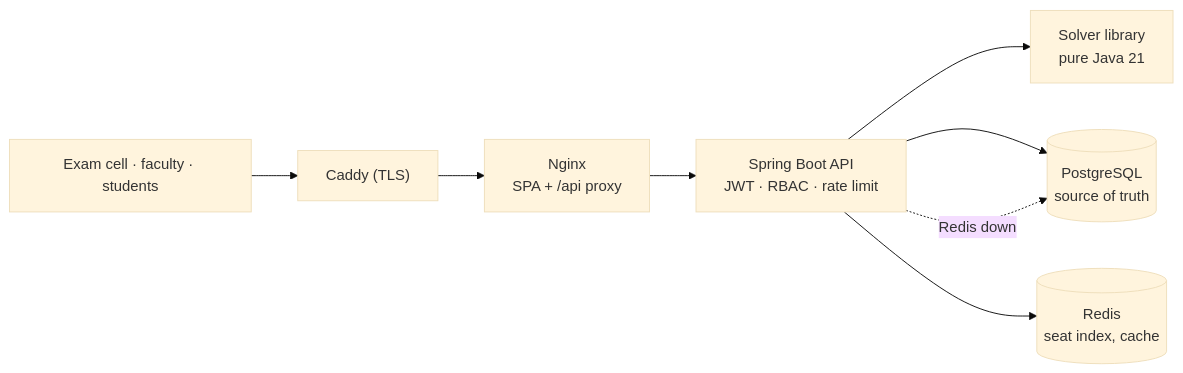
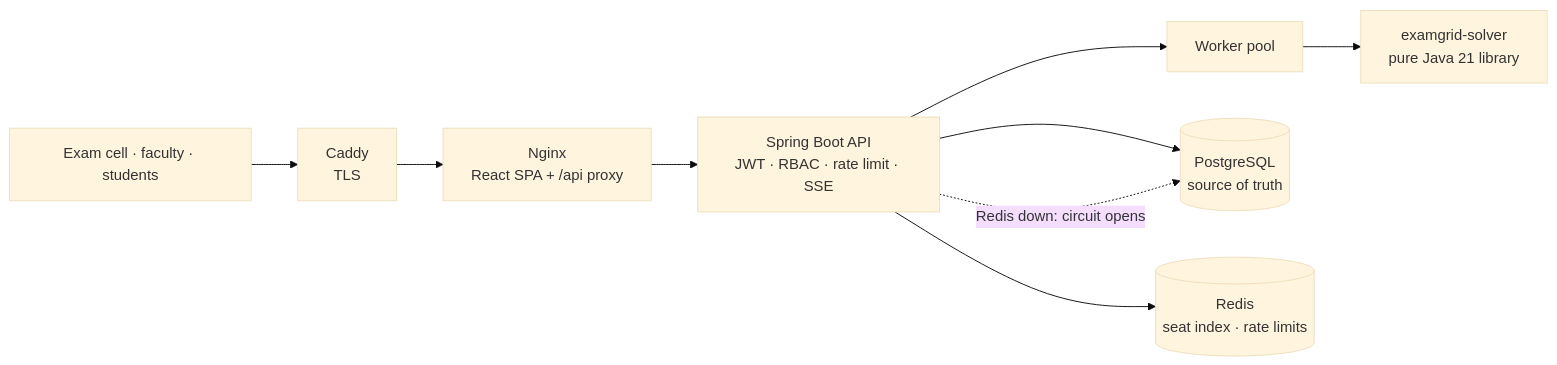
The second of 3 diagrams in README.md (n3h4a/ExamGrid), drawn with Mermaid (base theme) before and after one commit. The commit also changed other lines of this file and 1 other file, not shown here.

Commit message:
docs: rewrite README as a guided tour and add a documentation index

````diff
--- a/README.md
+++ b/README.md
@@ -91,9 +164,9 @@
 ```mermaid
 flowchart LR
-    U["Exam cell · faculty · students"] --> C["Caddy (TLS)"] --> N["Nginx<br/>SPA + /api proxy"]
-    N --> A["Spring Boot API<br/>JWT · RBAC · rate limit"]
-    A --> S["Solver library<br/>pure Java 21"]
+    U["Exam cell · faculty · students"] --> C["Caddy<br/>TLS"] --> N["Nginx<br/>React SPA + /api proxy"]
+    N --> A["Spring Boot API<br/>JWT · RBAC · rate limit · SSE"]
+    A --> W["Worker pool"] --> S["examgrid-solver<br/>pure Java 21 library"]
     A --> P[("PostgreSQL<br/>source of truth")]
-    A --> R[("Redis<br/>seat index, cache")]
-    A -.->|"Redis down"| P
+    A --> R[("Redis<br/>seat index · rate limits")]
+    A -. "Redis down: circuit opens" .-> P
 ```
````
